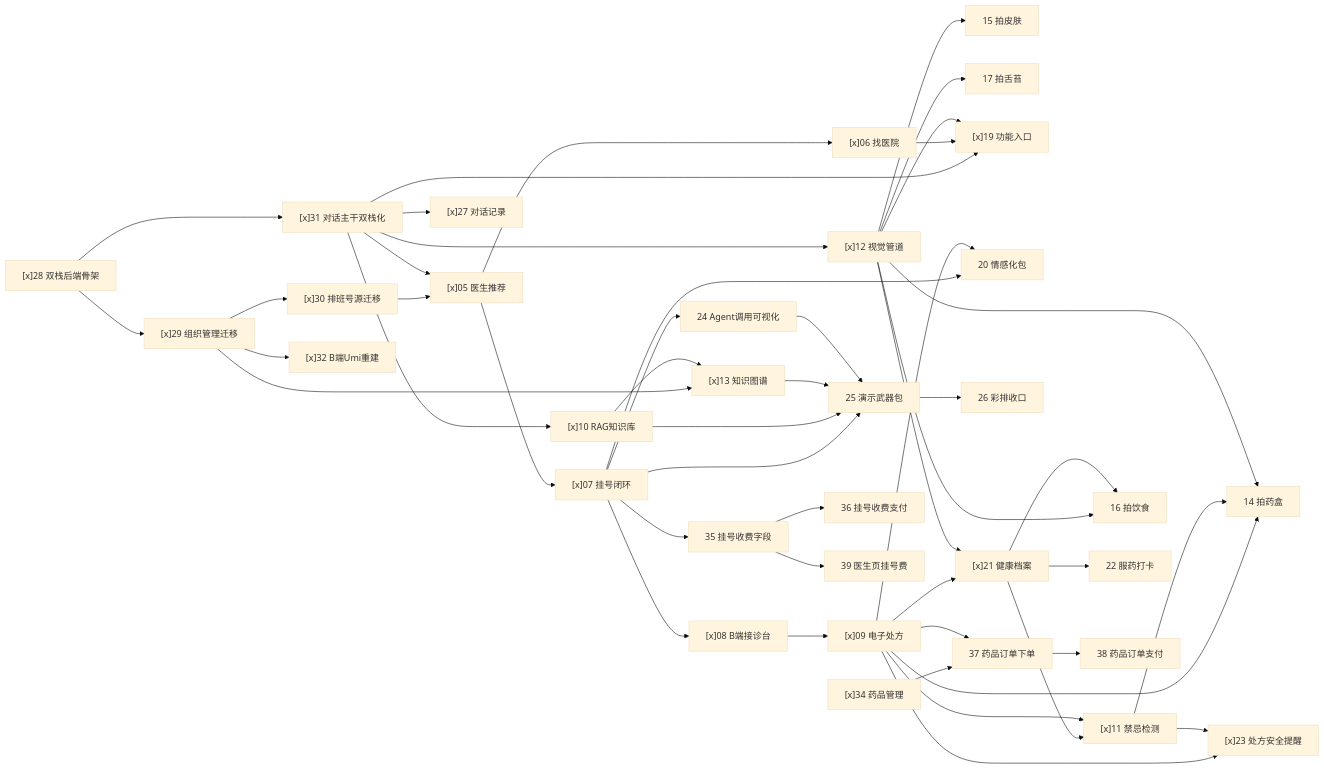
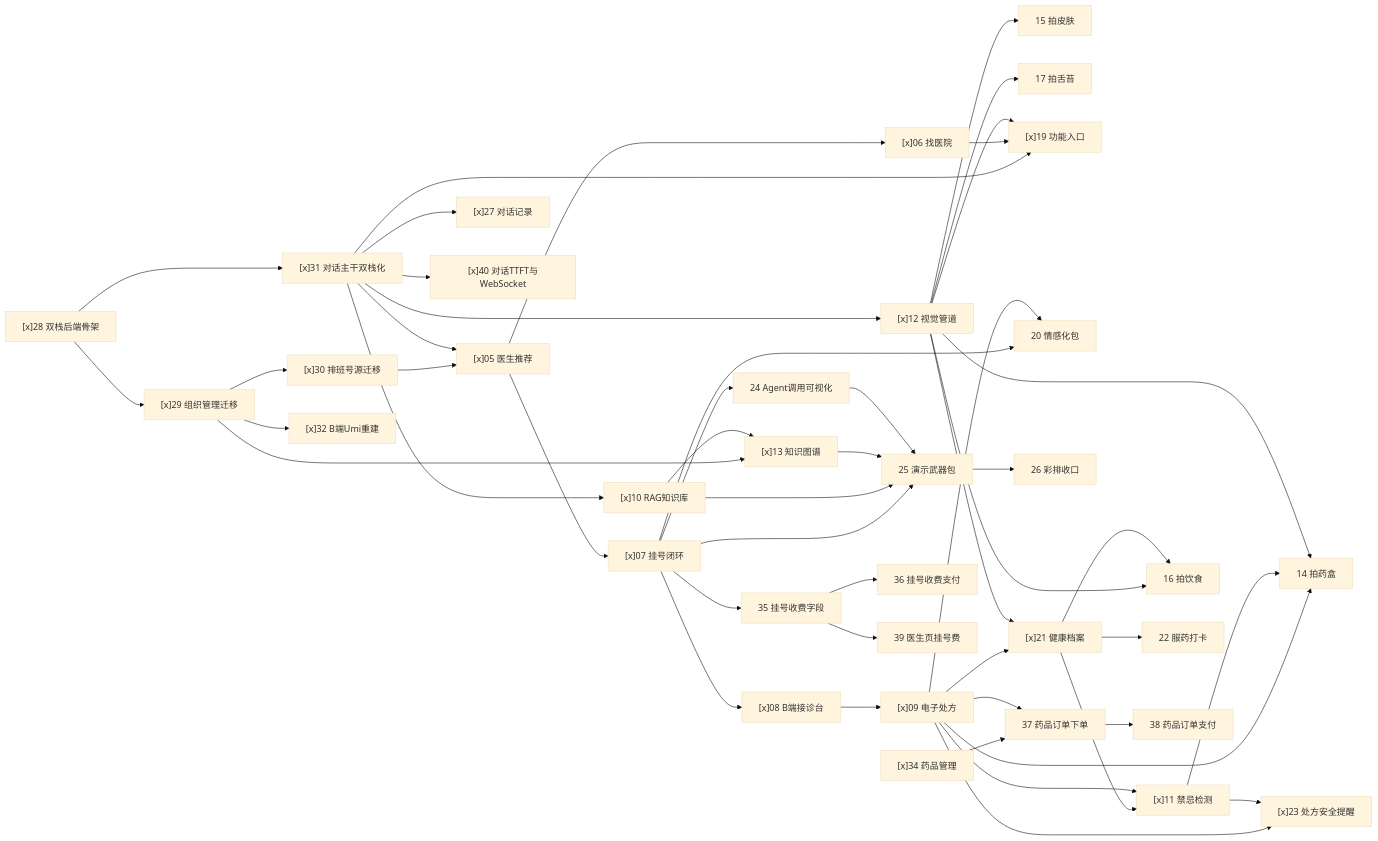
Before and after one commit to ILoveFurina/zhiyu-health: the diagram in README.md, drawn with Mermaid (base theme).

Commit message:
docs(readme): 依赖图补 T40 节点并标记 [x]

````diff
--- a/README.md
+++ b/README.md
@@ -56,6 +56,7 @@
     T37["37 药品订单下单"]
     T38["38 药品订单支付"]
     T39["39 医生页挂号费"]
+    T40["[x]40 对话TTFT与WebSocket"]
 
     T28 --> T29
     T28 --> T31
@@ -118,4 +119,6 @@
     T07 --> T35
     T35 --> T36
     T35 --> T39
+
+    T31 --> T40
 ```
````
